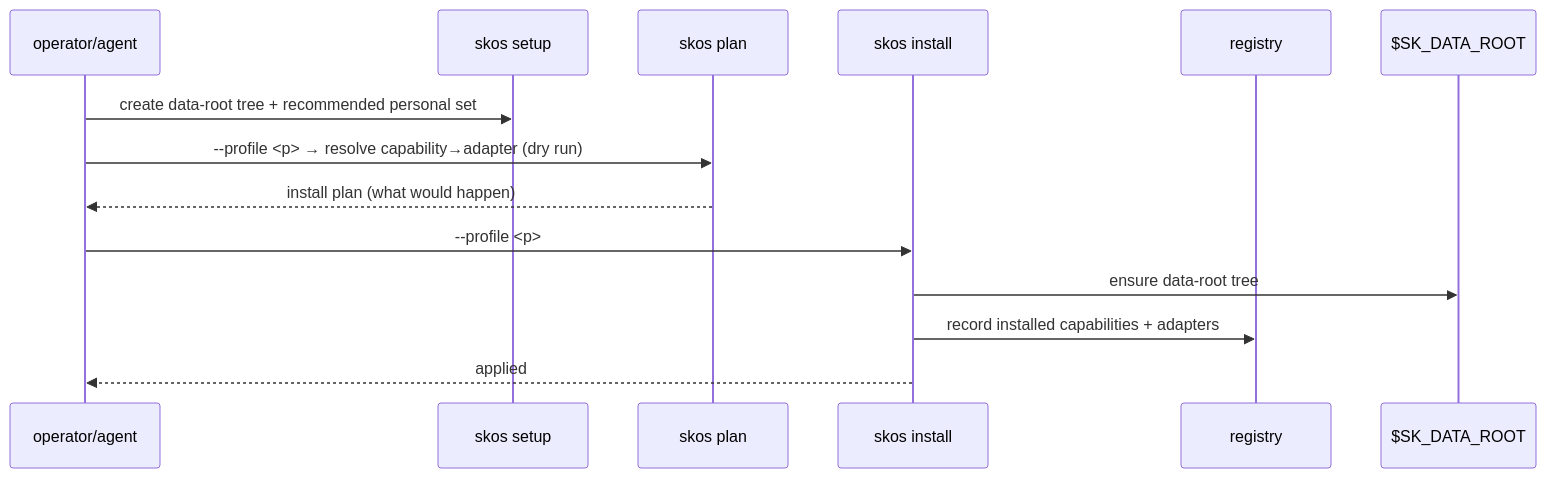
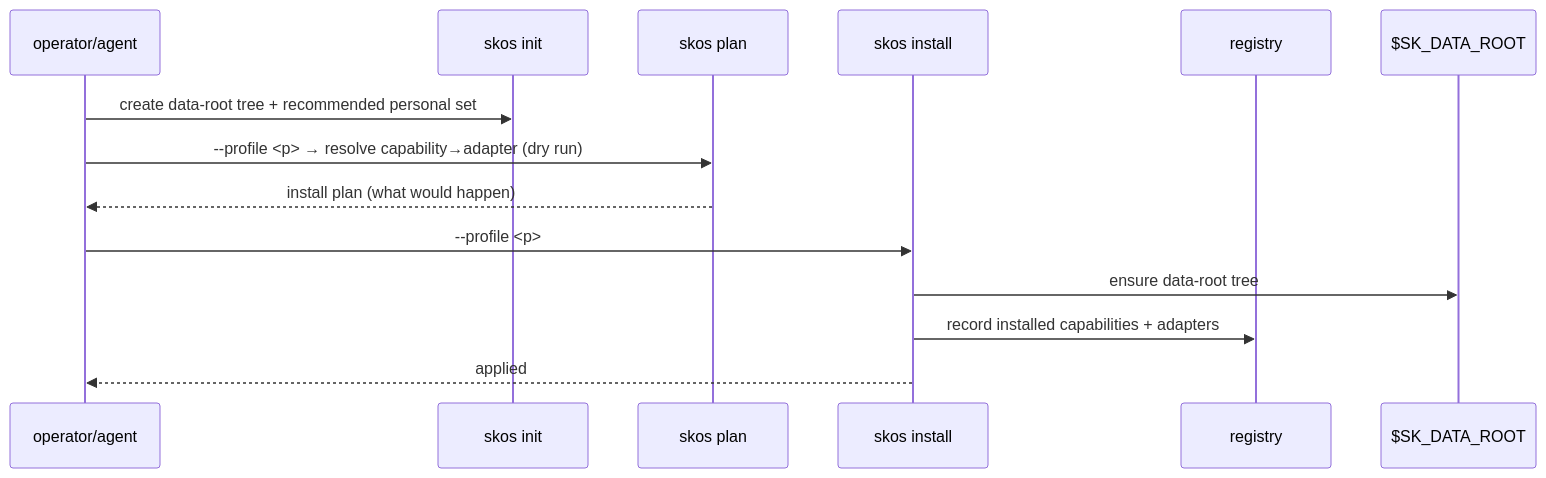
The second of 5 diagrams in docs/ARCHITECTURE.md (smilinTux/skos), drawn with Mermaid before and after one commit. The commit also changed other lines of this file and 2 other files, not shown here.

Commit message:
docs: quickstart uses the real CLI (init, plan/up --profile local, path data)
The README, SOP and ARCHITECTURE quickstarts referenced commands that do
not exist in src/skos/cli.py: `skos setup`, `skos install --profile
personal`, and `skos path memory`. The real surface is `skos init
--profile local`, `skos plan / skos up --profile local` (profiles are
local | cluster | cloud; `install` takes a pack name or app.yaml and has
no --profile flag), and `skos path <subdir>` where subdir is one of the
eight TREE names (memory is not one of them).

Found while laying SK_DATA_ROOT on noroc2027 (card 0e020100).

Agent: implementer (Fable 5.1)

````diff
--- a/docs/ARCHITECTURE.md
+++ b/docs/ARCHITECTURE.md
@@ -26,16 +26,16 @@
 ```mermaid
 sequenceDiagram
     participant Op as operator/agent
-    participant Setup as skos setup
+    participant Setup as skos init
     participant Plan as skos plan
     participant Inst as skos install
     participant Reg as registry
     participant FS as $SK_DATA_ROOT
     Op->>Setup: create data-root tree + recommended personal set
     Op->>Plan: --profile <p> → resolve capability→adapter (dry run)
     Plan-->>Op: install plan (what would happen)
     Op->>Inst: --profile <p>
     Inst->>FS: ensure data-root tree
     Inst->>Reg: record installed capabilities + adapters
     Inst-->>Op: applied
 ```
````
